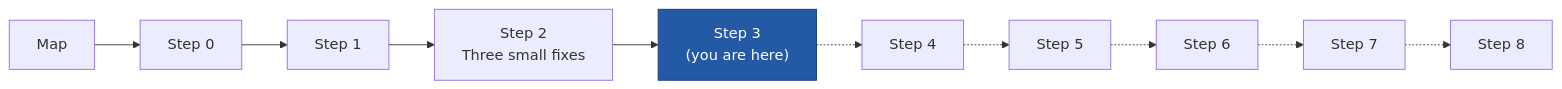
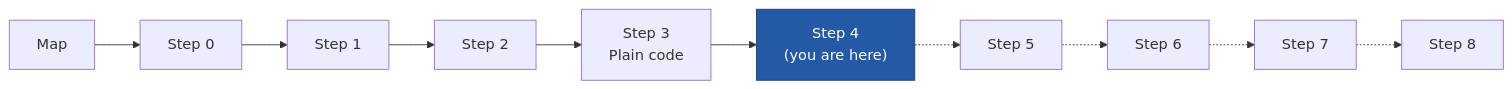
One commit to capchitts/crossexam-project changed the first of 2 diagrams in README.md. Above: the diagram before and after it, drawn with Mermaid. The commit also changed other lines of this file and 17 other files, not shown here.

````diff
--- a/README.md
+++ b/README.md
@@ -25,9 +18,10 @@
 ```mermaid
 graph LR
     MAP[Map] --> S0[Step 0]
     S0 --> S1[Step 1]
-    S1 --> S2[Step 2<br/>Three small fixes]
-    S2 --> S3["Step 3<br/>(you are here)"]
-    S3 -.-> S4[Step 4] -.-> S5[Step 5] -.-> S6[Step 6] -.-> S7[Step 7] -.-> S8[Step 8]
-    style S3 fill:#2459A6,stroke:#173F78,color:#fff
+    S1 --> S2[Step 2]
+    S2 --> S3[Step 3<br/>Plain code]
+    S3 --> S4["Step 4<br/>(you are here)"]
+    S4 -.-> S5[Step 5] -.-> S6[Step 6] -.-> S7[Step 7] -.-> S8[Step 8]
+    style S4 fill:#2459A6,stroke:#173F78,color:#fff
 ```
````
